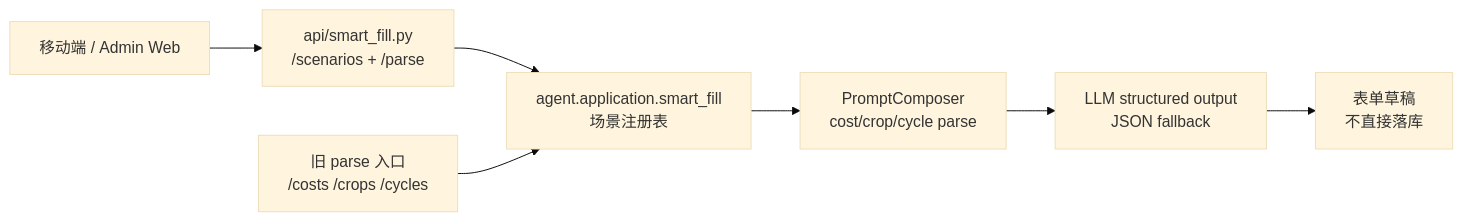
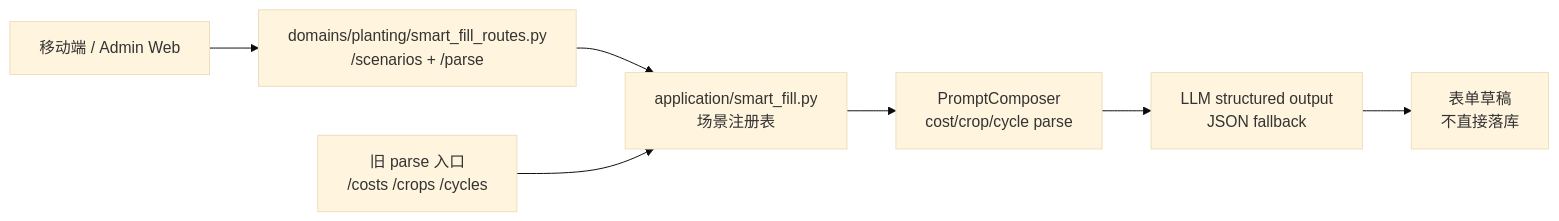
Before and after one commit to ArtLjn/agriagent-os: the fifth of 8 diagrams in docs/architecture/backend-architecture.md, drawn with Mermaid (base theme). The commit also changed other lines of this file and 5 other files, not shown here.

````diff
--- a/docs/architecture/backend-architecture.md
+++ b/docs/architecture/backend-architecture.md
@@ -145,13 +152,13 @@
 ```mermaid
 flowchart LR
     Client["移动端 / Admin Web"]
-    SmartAPI["api/smart_fill.py\n/scenarios + /parse"]
-    Registry["agent.application.smart_fill\n场景注册表"]
+    SmartAPI["domains/planting/smart_fill_routes.py\n/scenarios + /parse"]
+    Registry["application/smart_fill.py\n场景注册表"]
     Prompt["PromptComposer\ncost/crop/cycle parse"]
     LLM["LLM structured output\nJSON fallback"]
     Draft["表单草稿\n不直接落库"]
     Legacy["旧 parse 入口\n/costs /crops /cycles"]
 
     Client --> SmartAPI --> Registry --> Prompt --> LLM --> Draft
     Legacy --> Registry
 ```
````
